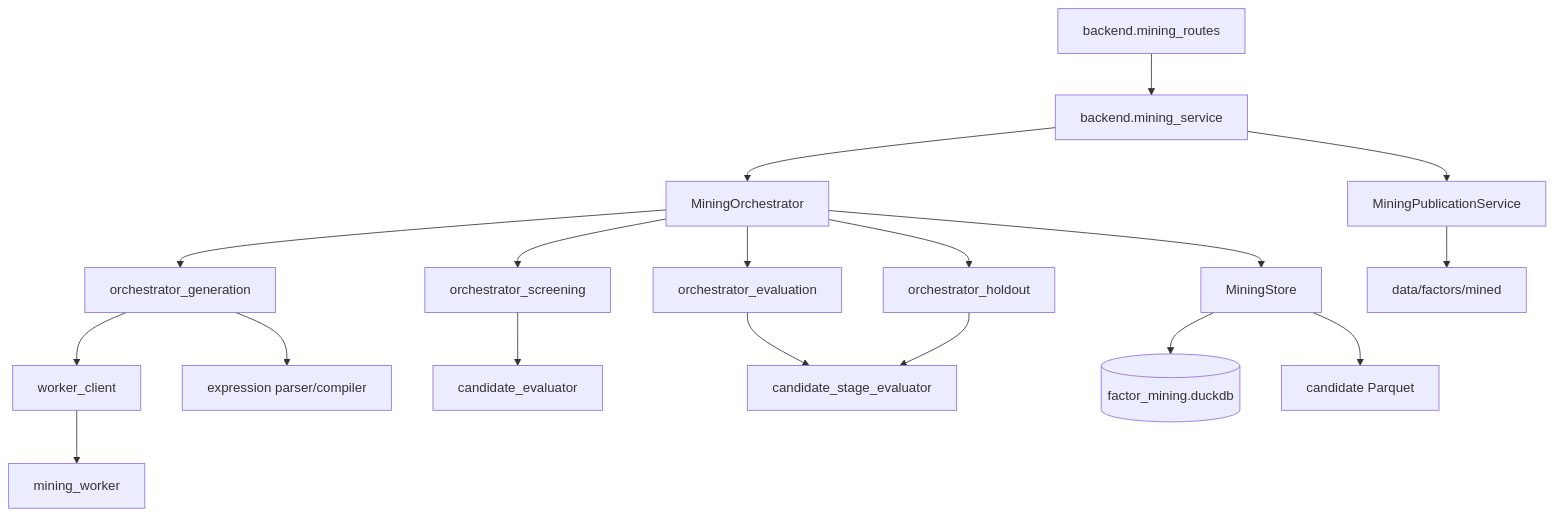
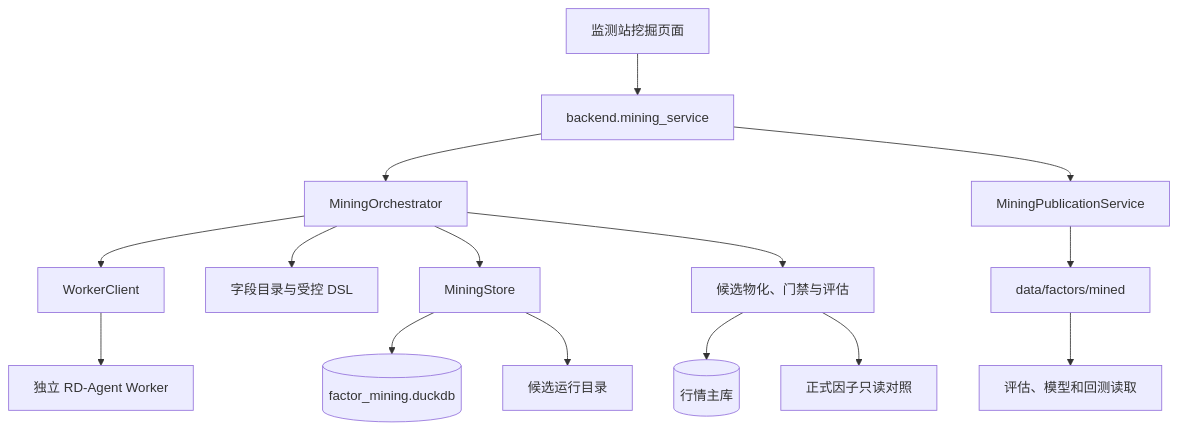
Before and after one commit to rowerman/quant-all: the diagram in docs/project-guide/05-factor-mining.md, drawn with Mermaid. The commit also changed other lines of this file and 10 other files, not shown here.

````diff
--- a/docs/project-guide/05-factor-mining.md
+++ b/docs/project-guide/05-factor-mining.md
@@ -195,20 +47,17 @@
 ```mermaid
 flowchart TD
-  WEB[backend.mining_routes] --> SVC[backend.mining_service]
-  SVC --> ORCH[MiningOrchestrator]
-  ORCH --> GEN[orchestrator_generation]
-  ORCH --> SCREEN[orchestrator_screening]
-  ORCH --> FULL[orchestrator_evaluation]
-  ORCH --> HOLD[orchestrator_holdout]
-  GEN --> CLIENT[worker_client]
-  CLIENT --> WORKER[mining_worker]
-  GEN --> EXPR[expression parser/compiler]
-  SCREEN --> EVAL[candidate_evaluator]
-  FULL --> STAGE[candidate_stage_evaluator]
-  HOLD --> STAGE
+  WEB[监测站挖掘页面] --> SERVICE[backend.mining_service]
+  SERVICE --> ORCH[MiningOrchestrator]
+  ORCH --> WORKER[WorkerClient]
+  WORKER --> AGENT[独立 RD-Agent Worker]
+  ORCH --> DSL[字段目录与受控 DSL]
   ORCH --> STORE[MiningStore]
+  ORCH --> EVAL[候选物化、门禁与评估]
+  EVAL --> QUANT[(行情主库)]
+  EVAL --> FACTORS[正式因子只读对照]
   STORE --> MDB[(factor_mining.duckdb)]
-  STORE --> CFILES[candidate Parquet]
-  SVC --> PUB[MiningPublicationService]
-  PUB --> FACTORS[data/factors/mined]
+  STORE --> RUNS[候选运行目录]
+  SERVICE --> PUB[MiningPublicationService]
+  PUB --> MINED[data/factors/mined]
+  MINED --> DOWN[评估、模型和回测读取]
 ```
````
